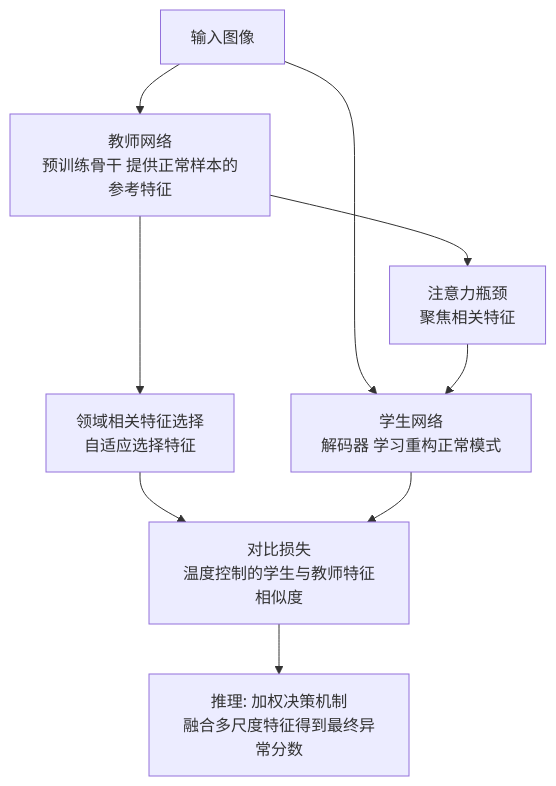
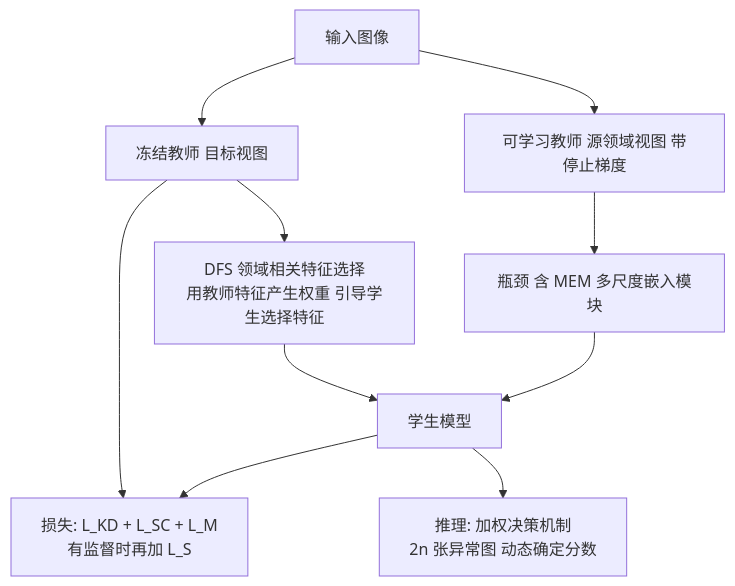
Before and after one commit to junxnone/aiwiki: the diagram in docs/bk/0751_paper_UniNet.md, drawn with Mermaid. The commit also changed other lines of this file and 1 other file, not shown here.

````diff
--- a/docs/bk/0751_paper_UniNet.md
+++ b/docs/bk/0751_paper_UniNet.md
@@ -25,11 +57,12 @@
 ``` mermaid
 graph TD
-    X["输入图像"] --> T["教师网络<br/>预训练骨干 提供正常样本的参考特征"]
-    X --> S["学生网络<br/>解码器 学习重构正常模式"]
-    T --> B["注意力瓶颈<br/>聚焦相关特征"]
-    B --> S
-    T --> FS["领域相关特征选择<br/>自适应选择特征"]
-    FS --> L["对比损失<br/>温度控制的学生与教师特征相似度"]
-    S --> L
-    L --> W["推理: 加权决策机制<br/>融合多尺度特征得到最终异常分数"]
+    X["输入图像"] --> T1["冻结教师 目标视图"]
+    X --> T2["可学习教师 源领域视图 带停止梯度"]
+    T2 --> B["瓶颈 含 MEM 多尺度嵌入模块"]
+    B --> S["学生模型"]
+    T1 --> DFS["DFS 领域相关特征选择<br/>用教师特征产生权重 引导学生选择特征"]
+    DFS --> S
+    S --> LOSS["损失: L_KD + L_SC + L_M<br/>有监督时再加 L_S"]
+    T1 --> LOSS
+    S --> W["推理: 加权决策机制<br/>2n 张异常图 动态确定分数"]
 ```
````
